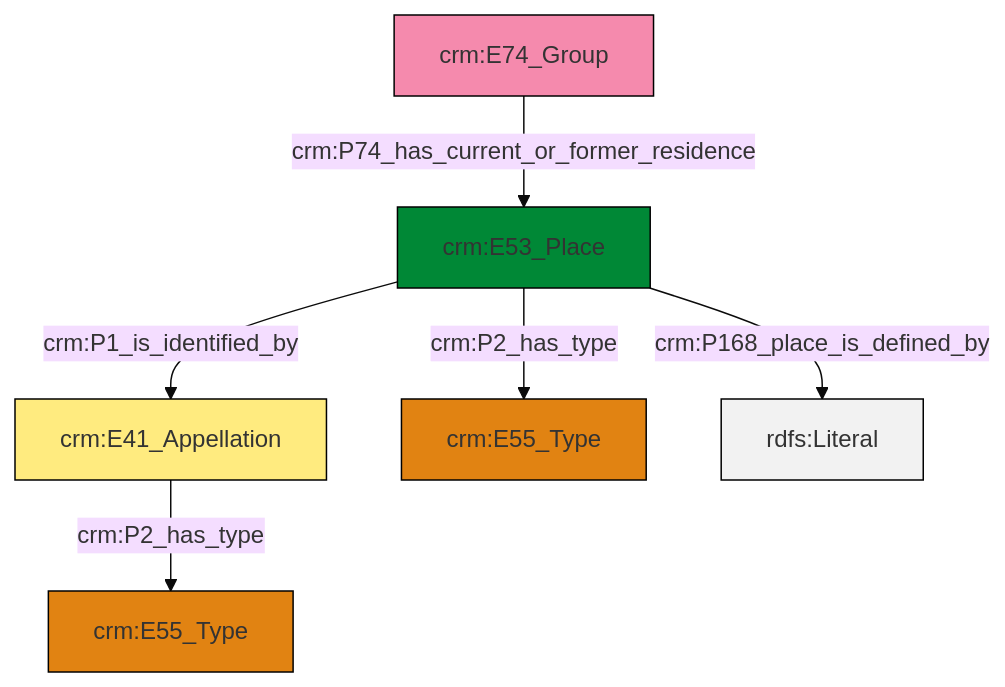
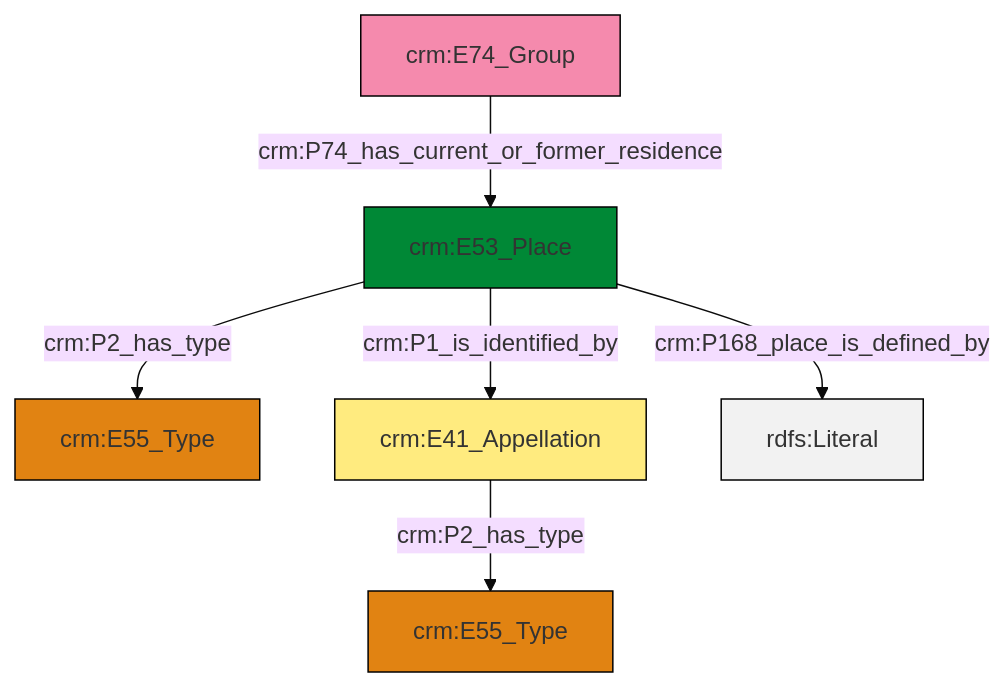
Before and after one commit to swiss-art-research-net/reference-data-models: the diagram in et/groupCSV/ttl/mmd/group_location.ttl.mmd, drawn with Mermaid (base theme). The commit also changed 125 other files, not shown here.

```diff
--- a/et/groupCSV/ttl/mmd/group_location.ttl.mmd
+++ b/et/groupCSV/ttl/mmd/group_location.ttl.mmd
@@ -1,20 +1,20 @@
 graph TD
 classDef Literal fill:#f2f2f2,stroke:#000000;
 classDef CRM_Entity fill:#FFFFFF,stroke:#000000;
 classDef Temporal_Entity fill:#00C9E6, stroke:#000000;
 classDef Type fill:#E18312, stroke:#000000;
 classDef Time-Span fill:#2C9C91, stroke:#000000;
 classDef Appellation fill:#FFEB7F, stroke:#000000;
 classDef Place fill:#008836, stroke:#000000;
 classDef Persistent_Item fill:#B266B2, stroke:#000000;
 classDef Conceptual_Object fill:#FFD700, stroke:#000000;
 classDef Physical_Thing fill:#D2B48C, stroke:#000000;
 classDef Actor fill:#f58aad, stroke:#000000;
 classDef PC_Classes fill:#4ce600, stroke:#000000;
 classDef Multi fill:#cccccc,stroke:#000000;
 
-0["crm:E74_Group"]:::Actor -->|crm:P74_has_current_or_former_residence| 1["crm:E53_Place"]:::Place
-1["crm:E53_Place"]:::Place -->|crm:P1_is_identified_by| 2["crm:E41_Appellation"]:::Appellation
-1["crm:E53_Place"]:::Place -->|crm:P2_has_type| 4["crm:E55_Type"]:::Type
-1["crm:E53_Place"]:::Place -->|crm:P168_place_is_defined_by| 10[rdfs:Literal]:::Literal
-2["crm:E41_Appellation"]:::Appellation -->|crm:P2_has_type| 8["crm:E55_Type"]:::Type
+6["crm:E53_Place"]:::Place -->|crm:P168_place_is_defined_by| 7[rdfs:Literal]:::Literal
+6["crm:E53_Place"]:::Place -->|crm:P2_has_type| 0["crm:E55_Type"]:::Type
+2["crm:E74_Group"]:::Actor -->|crm:P74_has_current_or_former_residence| 6["crm:E53_Place"]:::Place
+4["crm:E41_Appellation"]:::Appellation -->|crm:P2_has_type| 9["crm:E55_Type"]:::Type
+6["crm:E53_Place"]:::Place -->|crm:P1_is_identified_by| 4["crm:E41_Appellation"]:::Appellation
```
